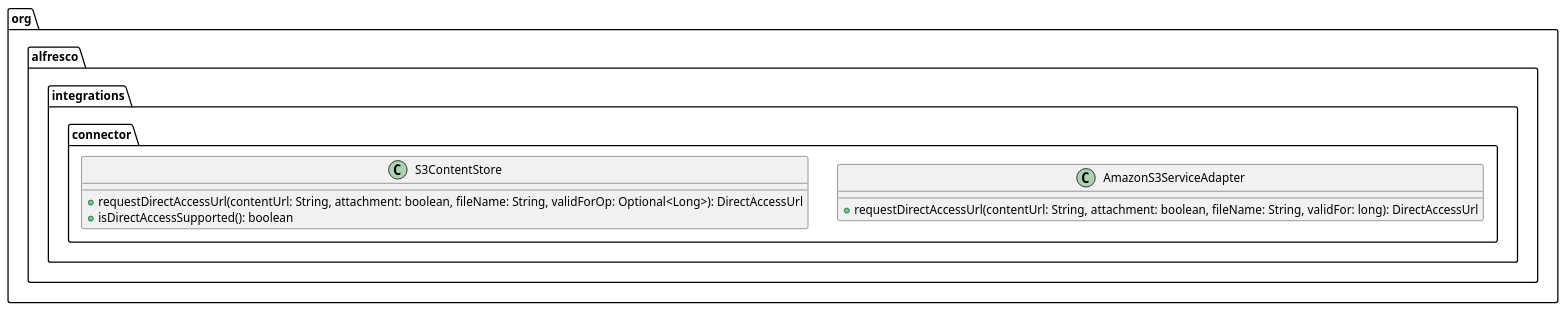
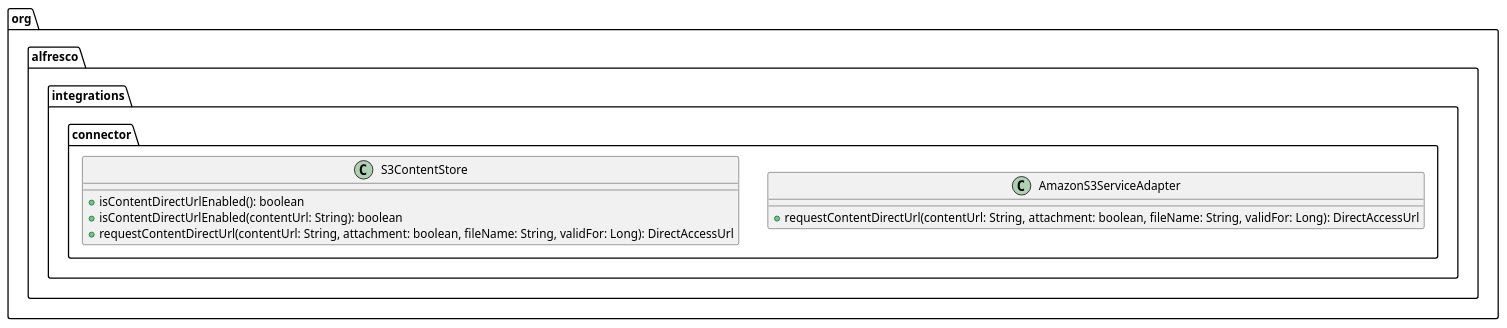
Before and after one commit to Alfresco/acs-packaging: the third of 7 diagrams in docs/design-doc-direct-access-links.md, drawn with PlantUML. The commit also changed other lines of this file and 4 other files, not shown here.

First line of the commit message:
ACS-595 Direct Access URLs design document [skip ci]

````diff
--- a/docs/design-doc-direct-access-links.md
+++ b/docs/design-doc-direct-access-links.md
@@ -436,14 +445,15 @@
 ```puml
 @startuml
 package org.alfresco.integrations.connector {
     class AmazonS3ServiceAdapter {
-        +requestDirectAccessUrl(contentUrl: String, attachment: boolean, fileName: String, validFor: long): DirectAccessUrl
+        +requestContentDirectUrl(contentUrl: String, attachment: boolean, fileName: String, validFor: Long): DirectAccessUrl
     }
     
     class S3ContentStore {
-        +requestDirectAccessUrl(contentUrl: String, attachment: boolean, fileName: String, validForOp: Optional<Long>): DirectAccessUrl
-        +isDirectAccessSupported(): boolean
+        +isContentDirectUrlEnabled(): boolean
+        +isContentDirectUrlEnabled(contentUrl: String): boolean
+        +requestContentDirectUrl(contentUrl: String, attachment: boolean, fileName: String, validFor: Long): DirectAccessUrl
     }
 }
 @enduml
 ```
````
